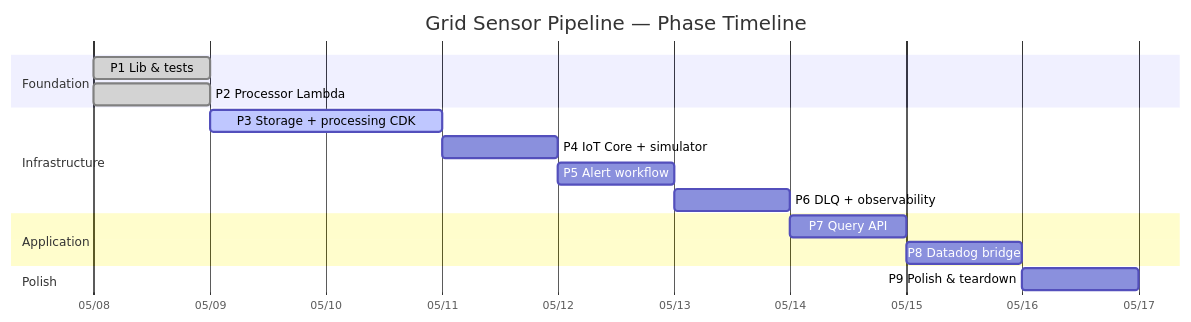
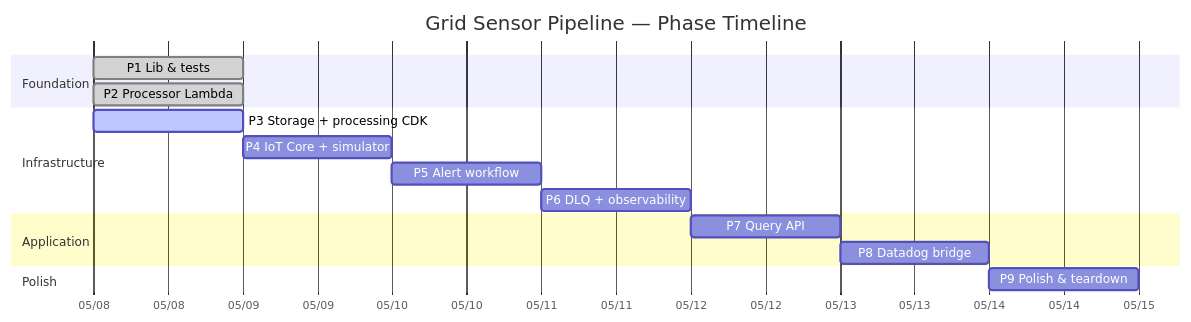
The diagram in ROADMAP.md (amusto/Grid-Sensor-Pipeline), drawn with Mermaid before and after one commit. The commit also changed other lines of this file and 16 other files, not shown here.

First line of the commit message:
feat(infra): Phase 3 - storage + kinesis + processing CDK stacks

````diff
--- a/ROADMAP.md
+++ b/ROADMAP.md
@@ -57,23 +57,23 @@
 ```mermaid
 gantt
     title Grid Sensor Pipeline — Phase Timeline
     dateFormat YYYY-MM-DD
     axisFormat %m/%d
 
     section Foundation
     P1 Lib & tests              :done, p1, 2026-05-08, 1d
     P2 Processor Lambda         :done, p2, 2026-05-08, 1d
 
     section Infrastructure
-    P3 Storage + processing CDK :active, p3, 2026-05-09, 2d
+    P3 Storage + processing CDK :active, p3, 2026-05-08, 1d
     P4 IoT Core + simulator     :p4, after p3, 1d
     P5 Alert workflow           :p5, after p4, 1d
     P6 DLQ + observability      :p6, after p5, 1d
 
     section Application
     P7 Query API                :p7, after p6, 1d
     P8 Datadog bridge           :p8, after p7, 1d
 
     section Polish
     P9 Polish & teardown        :p9, after p8, 1d
 ```
````
